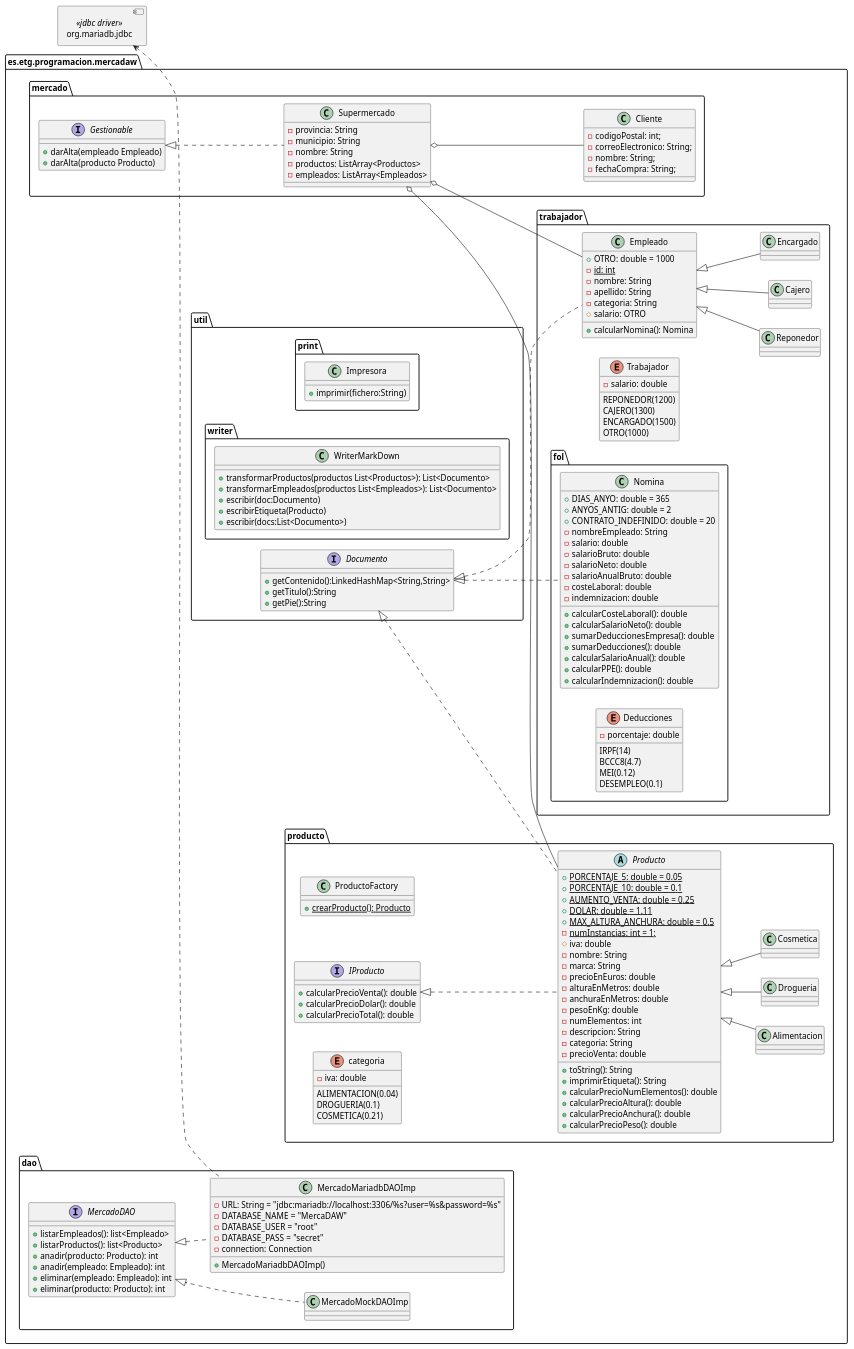
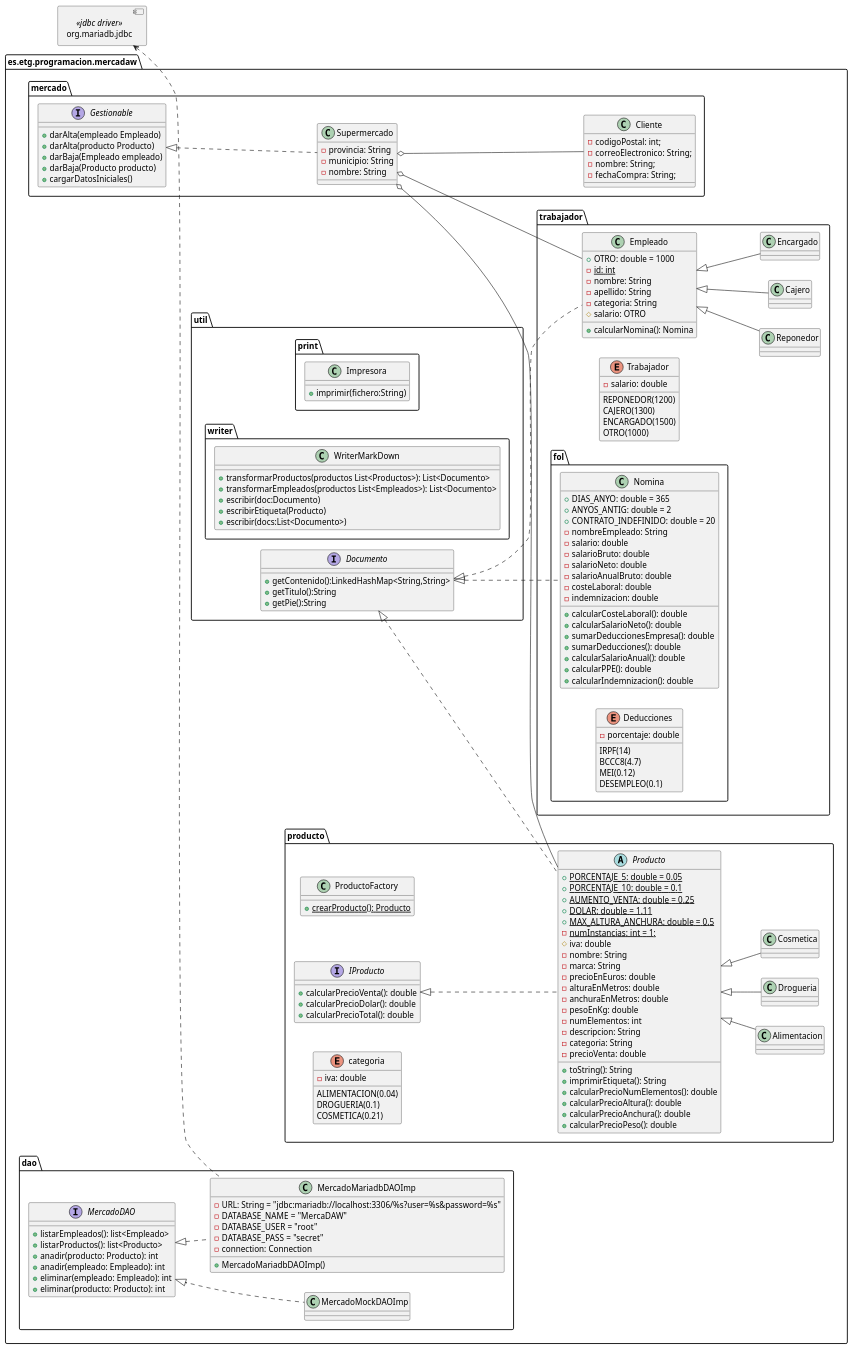
The diagram in design/DiagramaClases.pu (Edsonbs/MercaDAW), drawn with PlantUML before and after one commit. The commit also changed 4 other files, not shown here.

Commit message:
cambios al diagrama clases y componentes, y borrados metodos duplicados en Supermercado

```diff
--- a/design/DiagramaClases.pu
+++ b/design/DiagramaClases.pu
@@ -8,8 +8,7 @@
             -provincia: String
             -municipio: String
             -nombre: String
-            -productos: ListArray<Productos>
-            -empleados: ListArray<Empleados>
+ 
         }       
 
         class Cliente{
@@ -22,6 +21,9 @@
         interface Gestionable{
             +darAlta(empleado Empleado)
             +darAlta(producto Producto)
+            +darBaja(Empleado empleado)
+            +darBaja(Producto producto)
+            +cargarDatosIniciales()
         }
 
         Supermercado o-- Cliente
```
